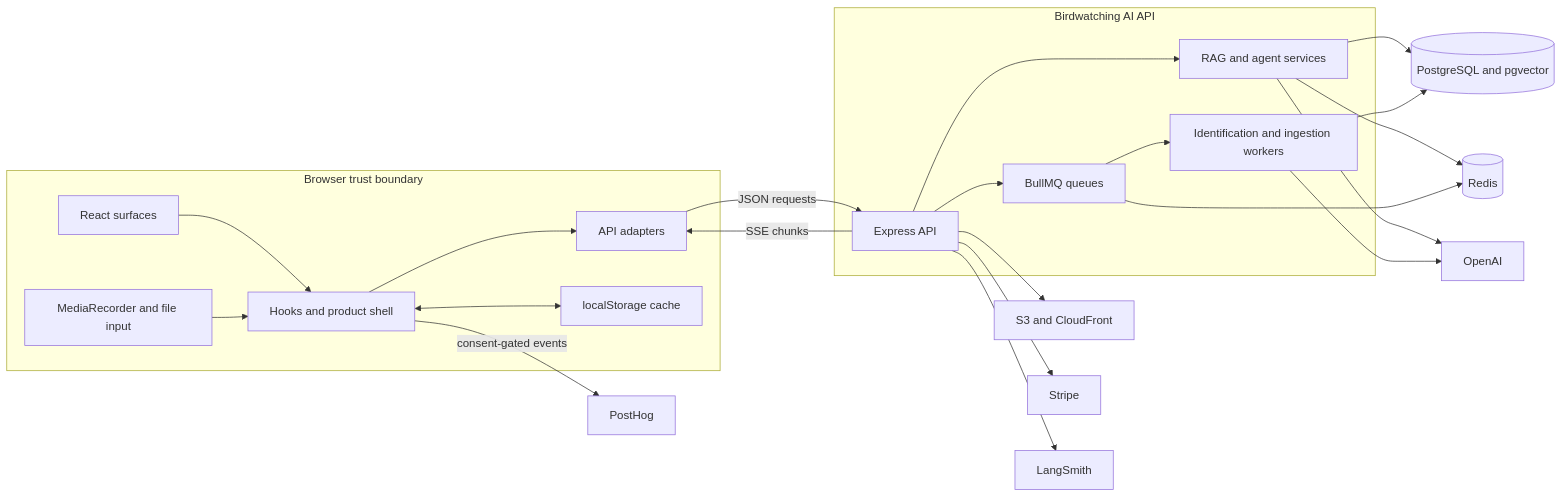
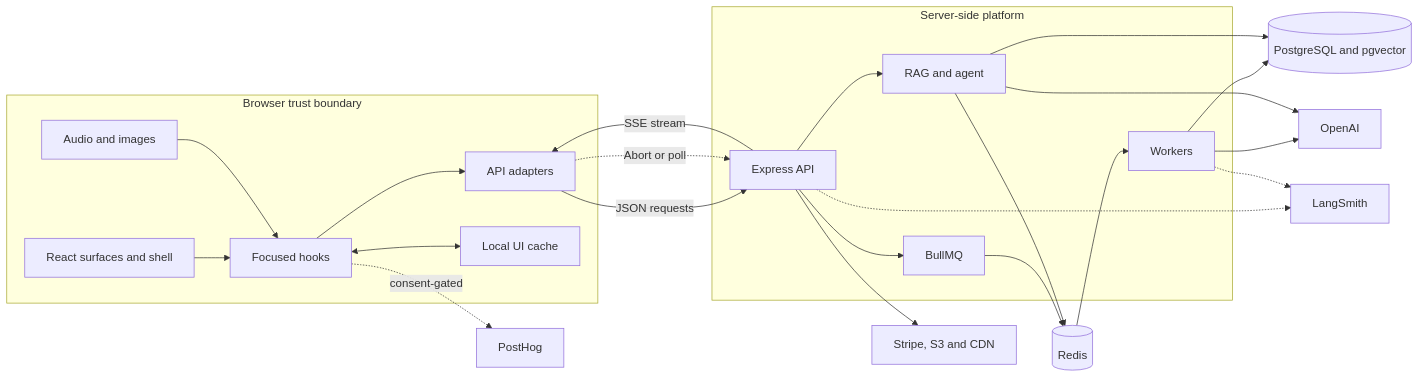
Before and after one commit to jsanchez556/birdwatching-ai-ui: the first of 5 diagrams in README.md, drawn with Mermaid. The commit also changed other lines of this file, not shown here.

Commit message:
docs: add system architecture diagrams

````diff
--- a/README.md
+++ b/README.md
@@ -55,45 +57,40 @@
 ```mermaid
 flowchart LR
   subgraph Browser["Browser trust boundary"]
-    UI["React surfaces"]
-    Hooks["Hooks and product shell"]
-    Adapters["API adapters"]
-    Local["localStorage cache"]
-    Media["MediaRecorder and file input"]
+    UI["React surfaces and shell"] --> Hooks["Focused hooks"]
+    Hooks --> Adapters["API adapters"]
+    Hooks <--> Local["Local UI cache"]
+    Capture["Audio and images"] --> Hooks
   end
 
-  subgraph Server["Birdwatching AI API"]
-    HTTP["Express API"]
-    Agent["RAG and agent services"]
-    Queue["BullMQ queues"]
-    Worker["Identification and ingestion workers"]
+  subgraph Platform["Server-side platform"]
+    API["Express API"]
+    Agent["RAG and agent"]
+    Queue["BullMQ"]
+    Worker["Workers"]
   end
 
-  DB[("PostgreSQL and pgvector")]
+  Data[("PostgreSQL and pgvector")]
   Redis[("Redis")]
-  OpenAI["OpenAI"]
-  Storage["S3 and CloudFront"]
-  Stripe["Stripe"]
-  PostHog["PostHog"]
-  LangSmith["LangSmith"]
+  AIProvider["OpenAI"]
+  PlatformProviders["Stripe, S3 and CDN"]
+  BrowserMetrics["PostHog"]
+  ServerTraces["LangSmith"]
 
-  UI --> Hooks
-  Hooks <--> Local
-  Media --> Hooks
-  Hooks --> Adapters
-  Adapters -->|"JSON requests"| HTTP
-  HTTP -->|"SSE chunks"| Adapters
-  HTTP --> Agent
-  Agent --> DB
+  Adapters -->|"JSON requests"| API
+  API -->|"SSE stream"| Adapters
+  Adapters -.->|"Abort or poll"| API
+  API --> Agent
+  API --> Queue
+  Queue --> Redis
+  Redis --> Worker
+  Worker --> Data
+  Worker --> AIProvider
+  Agent --> Data
   Agent --> Redis
-  Agent --> OpenAI
-  HTTP --> Queue
-  Queue --> Redis
-  Queue --> Worker
-  Worker --> DB
-  Worker --> OpenAI
-  HTTP --> Storage
-  HTTP --> Stripe
-  HTTP --> LangSmith
-  Hooks -->|"consent-gated events"| PostHog
+  Agent --> AIProvider
+  API --> PlatformProviders
+  API -.-> ServerTraces
+  Worker -.-> ServerTraces
+  Hooks -.->|"consent-gated"| BrowserMetrics
 ```
````
